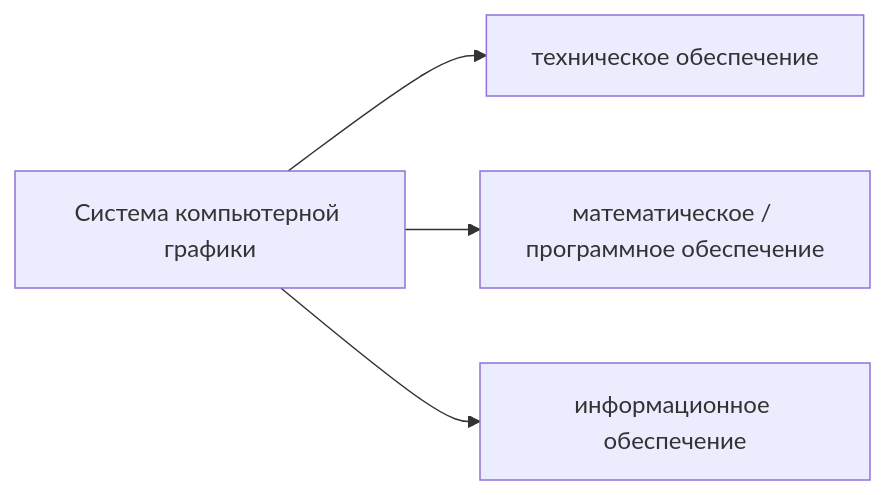
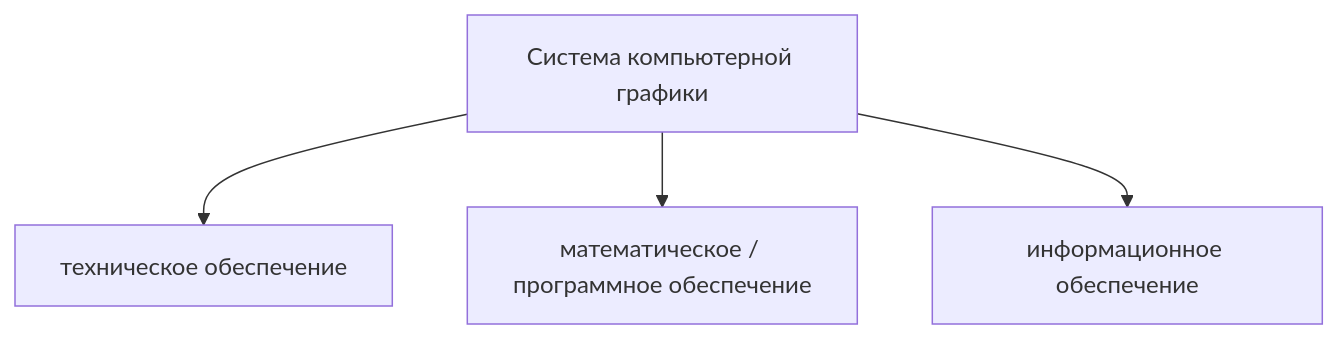
Before and after one commit to advatrix/lectures-bac: the first of 2 diagrams in КГОИ.md, drawn with Mermaid. The commit also changed other lines of this file, not shown here.

````diff
--- a/КГОИ.md
+++ b/КГОИ.md
@@ -260,7 +260,7 @@
 ```mermaid
-graph LR
-A[Система компьютерной графики] --> B[техническое  обеспечение]
+graph TB
+A[Система компьютерной графики] --> B["техническое  обеспечение"]
 A --> C[математическое / программное обеспечение]
 A --> D[информационное обеспечение]
 
 ```
````
